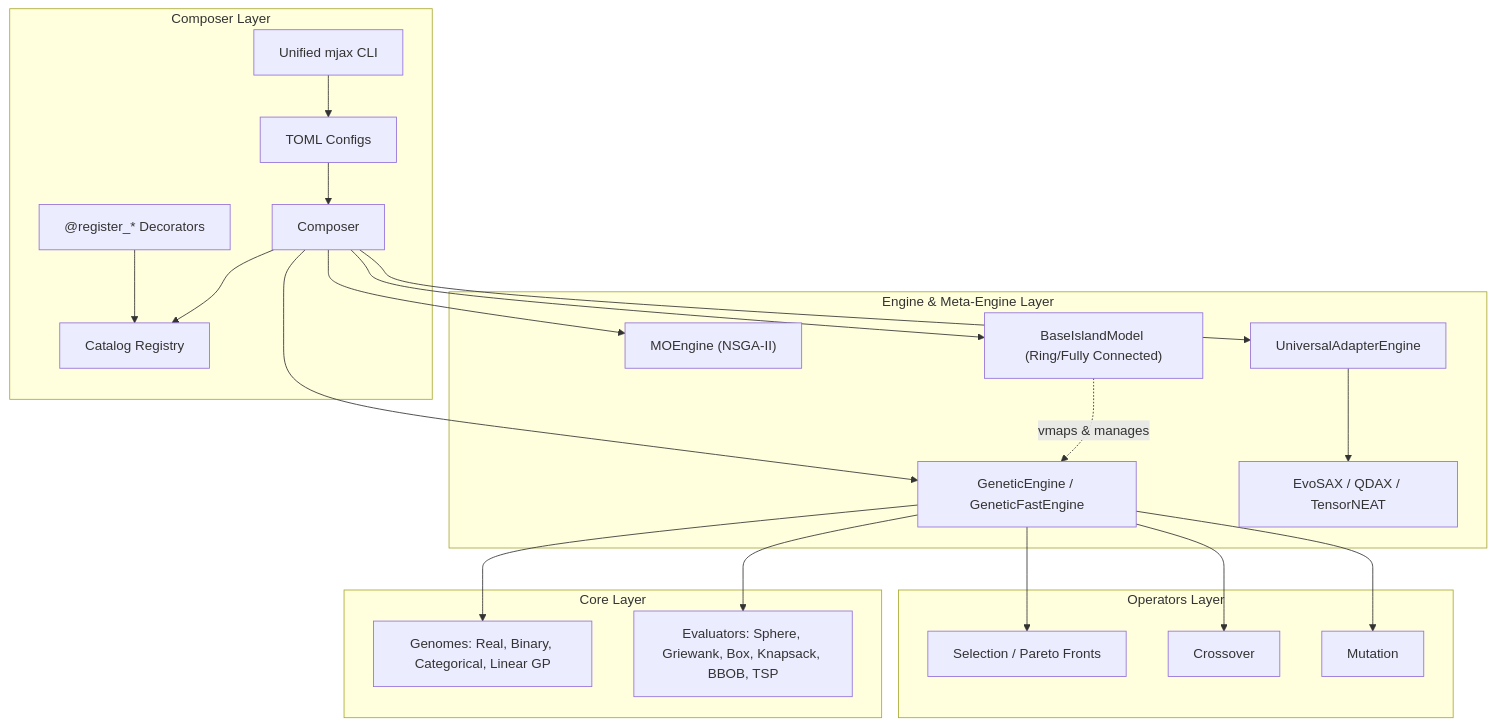
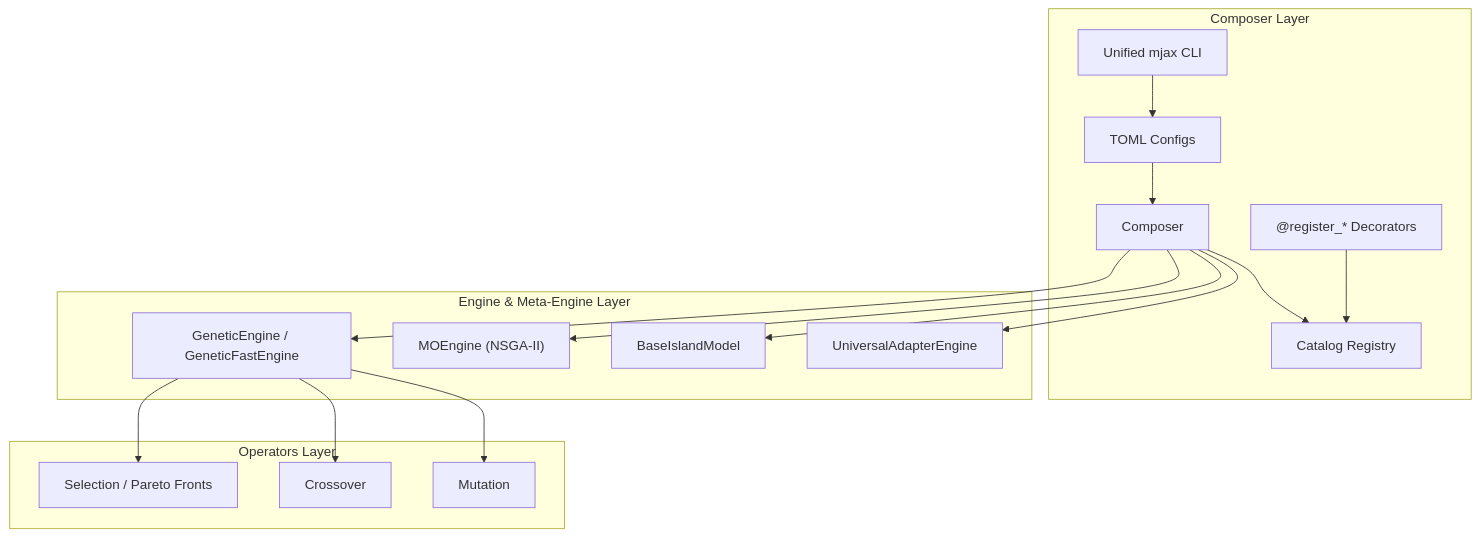
The diagram in README.md (LeonardoDiCaterina/MalthusJAX), drawn with Mermaid before and after one commit. The commit also changed other lines of this file, not shown here.

Commit message:
docs(core): revamp README for 10-second rule and developer onboarding

````diff
--- a/README.md
+++ b/README.md
@@ -93,30 +80,22 @@
 ```mermaid
 graph TD
     subgraph composer_layer[Composer Layer]
         cli["Unified mjax CLI"] --> config["TOML Configs"]
         config --> composer["Composer"]
         decorators["@register_* Decorators"] --> registry["Catalog Registry"]
         composer --> registry
     end
 
     subgraph engine_layer[Engine & Meta-Engine Layer]
         composer --> base_engine["GeneticEngine / GeneticFastEngine"]
         composer --> mo_engine["MOEngine (NSGA-II)"]
-        composer --> island_meta["BaseIslandModel (Ring/Fully Connected)"]
+        composer --> island_meta["BaseIslandModel"]
         composer --> adapter_engine["UniversalAdapterEngine"]
-        
-        island_meta -.-> |vmaps & manages| base_engine
-        adapter_engine --> evosax["EvoSAX / QDAX / TensorNEAT"]
     end
 
     subgraph operators_layer[Operators Layer]
         base_engine --> selection["Selection / Pareto Fronts"]
         base_engine --> crossover["Crossover"]
         base_engine --> mutation["Mutation"]
     end
-
-    subgraph core_layer[Core Layer]
-        base_engine --> genomes["Genomes: Real, Binary, Categorical, Linear GP"]
-        base_engine --> evaluators["Evaluators: Sphere, Griewank, Box, Knapsack, BBOB, TSP"]
-    end
 ```
````
